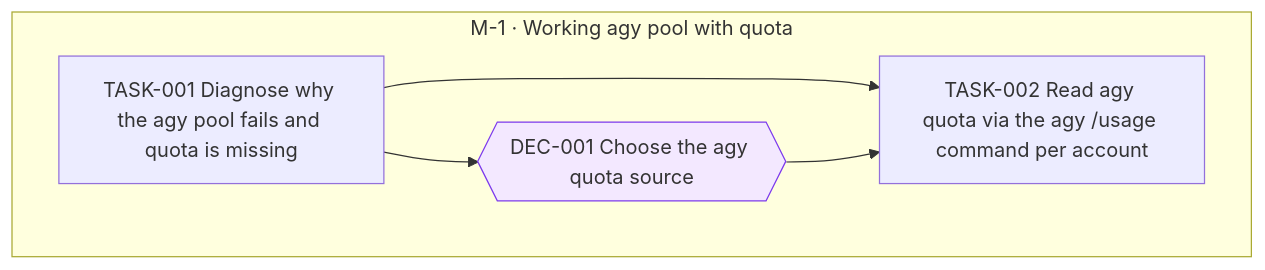
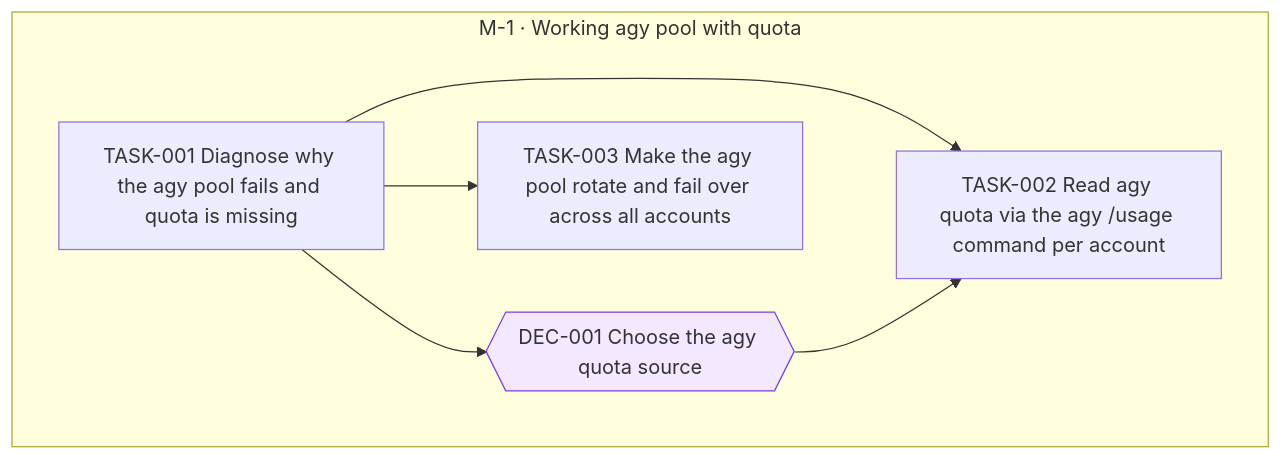
One commit to jesusvillota/shunt changed the diagram in goals/agy-pool/README.md. Above: the diagram before and after it, drawn with Mermaid. The commit also changed 1 other file, not shown here.

Commit message:
goal(agy-pool): add TASK-003 Make the agy pool rotate and fail over across all accounts

````diff
--- a/goals/agy-pool/README.md
+++ b/goals/agy-pool/README.md
@@ -19,15 +19,17 @@
 ```mermaid
 flowchart TD
   subgraph M_1["M-1 · Working agy pool with quota"]
     DEC_001{{"DEC-001 Choose the agy quota source"}}
     TASK_001["TASK-001 Diagnose why the agy pool fails and quota is missing"]
     TASK_002["TASK-002 Read agy quota via the agy /usage command per account"]
+    TASK_003["TASK-003 Make the agy pool rotate and fail over across all accounts"]
   end
   TASK_001 --> DEC_001
   TASK_001 --> TASK_002
   DEC_001 --> TASK_002
+  TASK_001 --> TASK_003
   classDef draft stroke-dasharray: 4 3
   classDef cancelled opacity:0.45
   classDef decision fill:#f3e8ff,stroke:#7c3aed
   class DEC_001 decision
 ```
````
